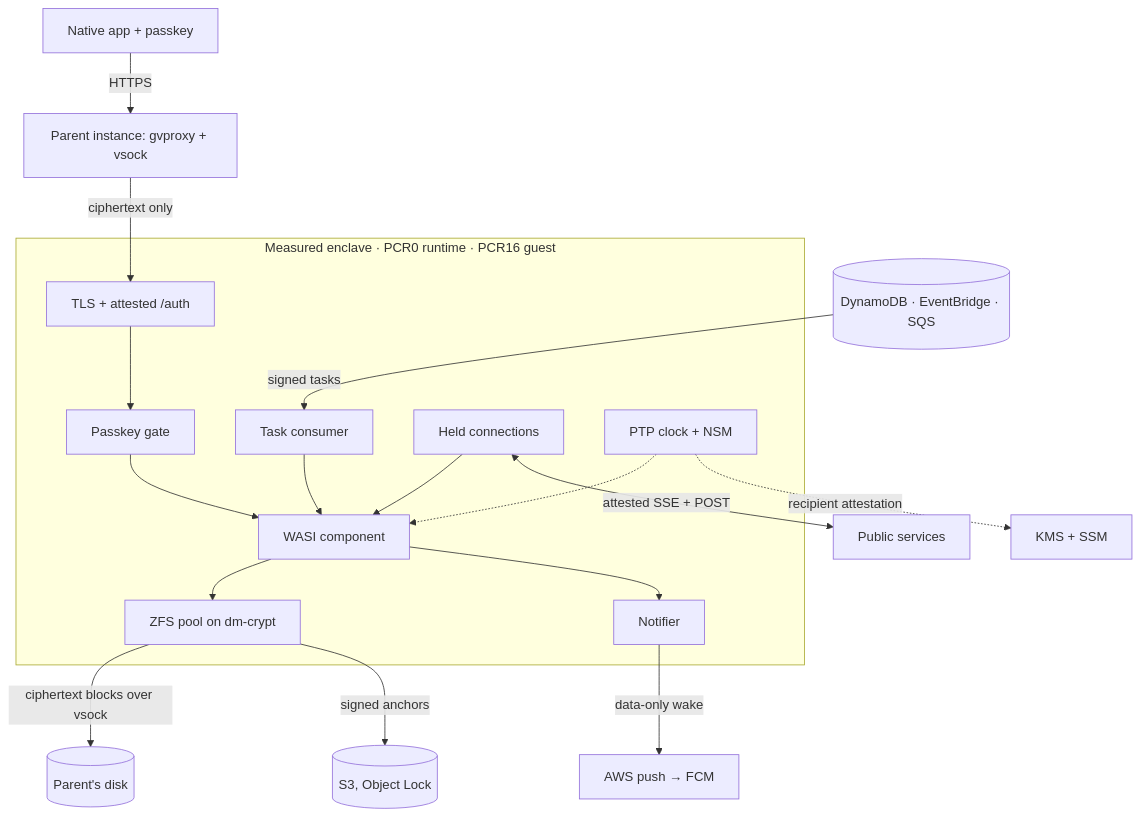
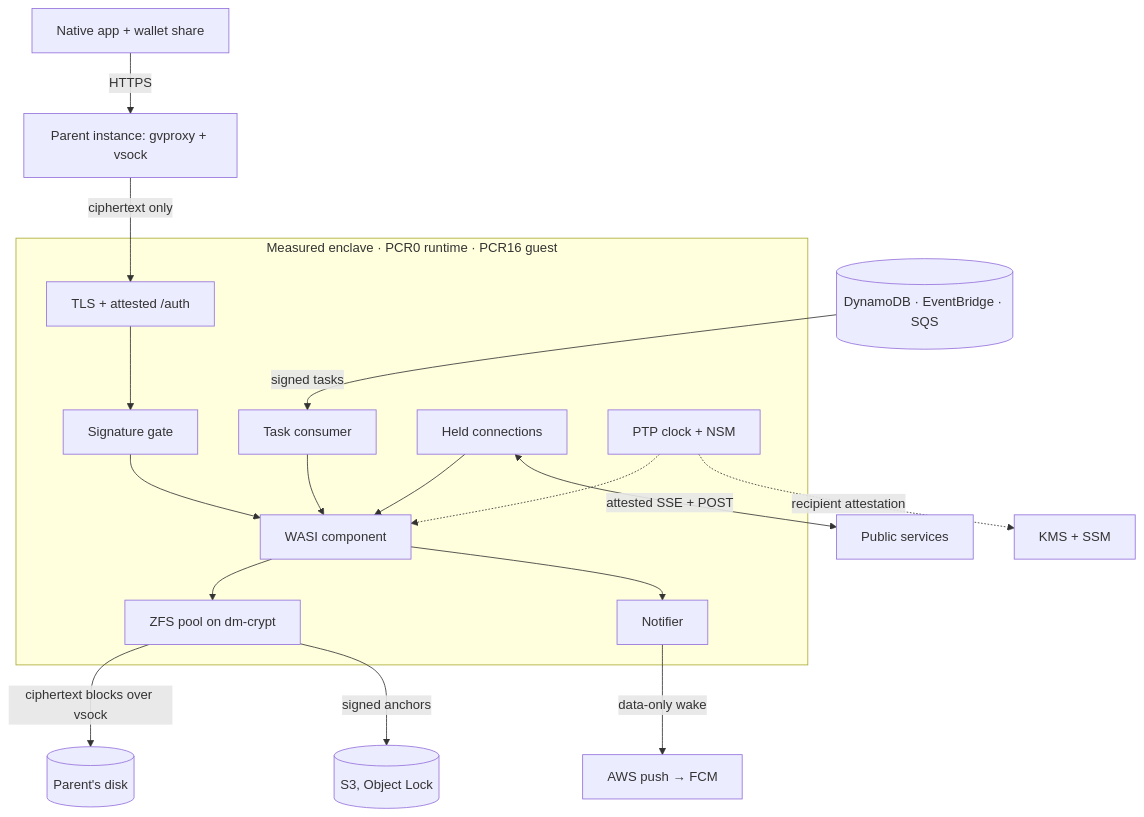
The third of 3 diagrams in README.md (vtxos/runtime), drawn with Mermaid before and after one commit. The commit also changed other lines of this file and 76 other files, not shown here.

First line of the commit message:
feat: sign in with the wallet's share, and key each pool by threshold ECDH

````diff
--- a/README.md
+++ b/README.md
@@ -276,20 +278,20 @@
 ```mermaid
 flowchart TB
-    App["Native app + passkey"] -->|HTTPS| Parent["Parent instance: gvproxy + vsock"]
+    App["Native app + wallet share"] -->|HTTPS| Parent["Parent instance: gvproxy + vsock"]
     Parent -->|ciphertext only| TLS
     subgraph Enclave["Measured enclave · PCR0 runtime · PCR16 guest"]
-        TLS["TLS + attested /auth"] --> Gate["Passkey gate"]
+        TLS["TLS + attested /auth"] --> Gate["Signature gate"]
         Gate --> Guest["WASI component"]
         Tasks["Task consumer"] --> Guest
         Held["Held connections"] --> Guest
         Dev["PTP clock + NSM"] -.-> Guest
         Guest --> FS["ZFS pool on dm-crypt"]
         Guest --> Notify["Notifier"]
     end
     FS -->|ciphertext blocks over vsock| Disk[("Parent's disk")]
     FS -->|signed anchors| S3[("S3, Object Lock")]
     AWS[("DynamoDB · EventBridge · SQS")] -->|signed tasks| Tasks
     Dev -.->|recipient attestation| KMS["KMS + SSM"]
     Held <-->|attested SSE + POST| Svc["Public services"]
     Notify -->|data-only wake| Push["AWS push → FCM"]
 ```
````
